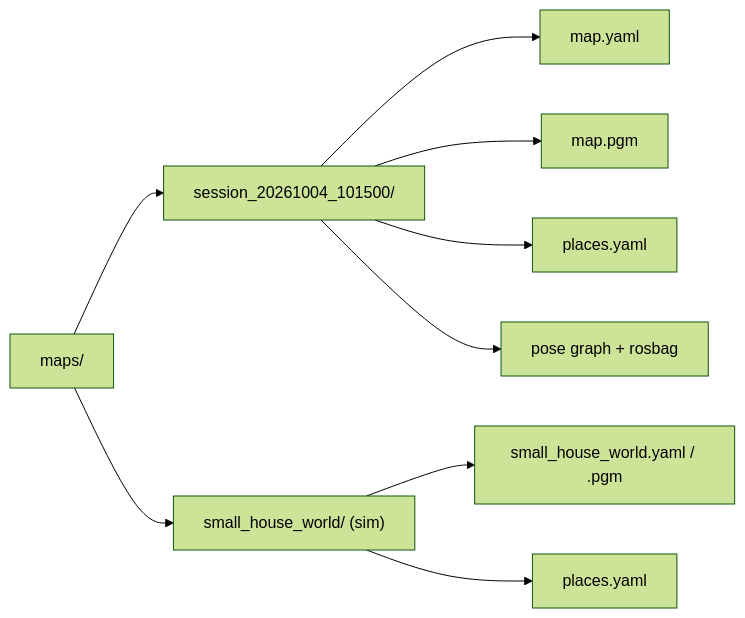
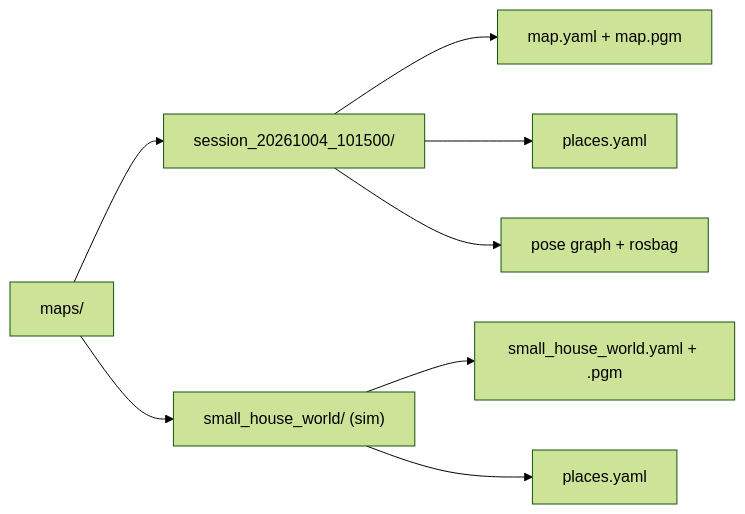
The seventh of 8 diagrams in docs/architecture.md (Aryan1092raj/Design-Practium), drawn with Mermaid (forest theme) before and after one commit. The commit also changed other lines of this file and 4 other files, not shown here.

Commit message:
Add voice navigation feature and update architecture documentation

````diff
--- a/docs/architecture.md
+++ b/docs/architecture.md
@@ -125,11 +283,10 @@
 ```mermaid
 flowchart LR
     ROOT["maps/"] --> S1["session_20261004_101500/"]
     ROOT --> S2["small_house_world/ (sim)"]
-    S1 --> S1A["map.yaml"]
-    S1 --> S1B["map.pgm"]
+    S1 --> S1A["map.yaml + map.pgm"]
     S1 --> S1C["places.yaml"]
     S1 --> S1D["pose graph + rosbag"]
-    S2 --> S2A["small_house_world.yaml / .pgm"]
+    S2 --> S2A["small_house_world.yaml + .pgm"]
     S2 --> S2B["places.yaml"]
 ```
````
